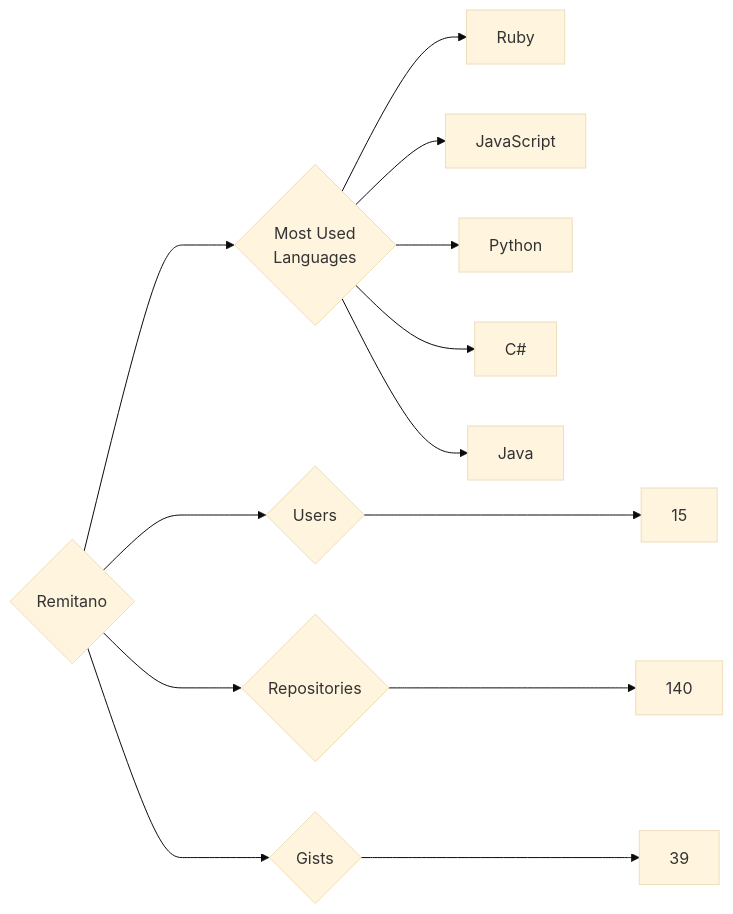
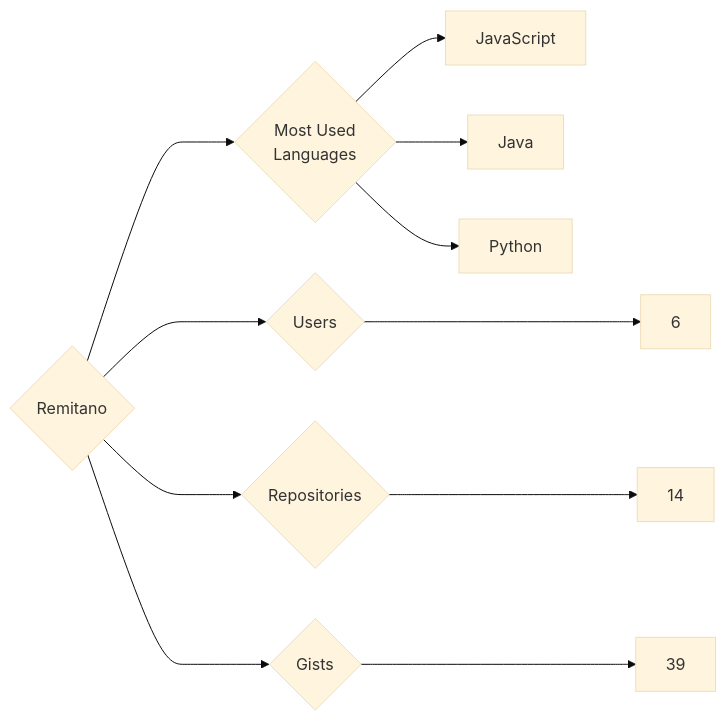
One commit to trickest/insiders changed the diagram in targets/Remitano/README.md. Above: the diagram before and after it, drawn with Mermaid (base theme). The commit also changed 725 other files, not shown here.

````diff
--- a/targets/Remitano/README.md
+++ b/targets/Remitano/README.md
@@ -3,13 +3,11 @@
 ```mermaid
 graph LR
 COMPANY_NAME{Remitano}
-COMPANY_NAME ---> U{Users} ---> UN[15]
-COMPANY_NAME ---> R{Repositories} ---> RN[140]
+COMPANY_NAME ---> U{Users} ---> UN[6]
+COMPANY_NAME ---> R{Repositories} ---> RN[14]
 COMPANY_NAME ---> G{Gists} ---> GN[39]
 COMPANY_NAME ---> ML{Most Used<br>Languages}
-ML --> Ruby[Ruby]
 ML --> JavaScript[JavaScript]
+ML --> Java[Java]
 ML --> Python[Python]
-ML --> C#[C#]
-ML --> Java[Java]
 ```
````
